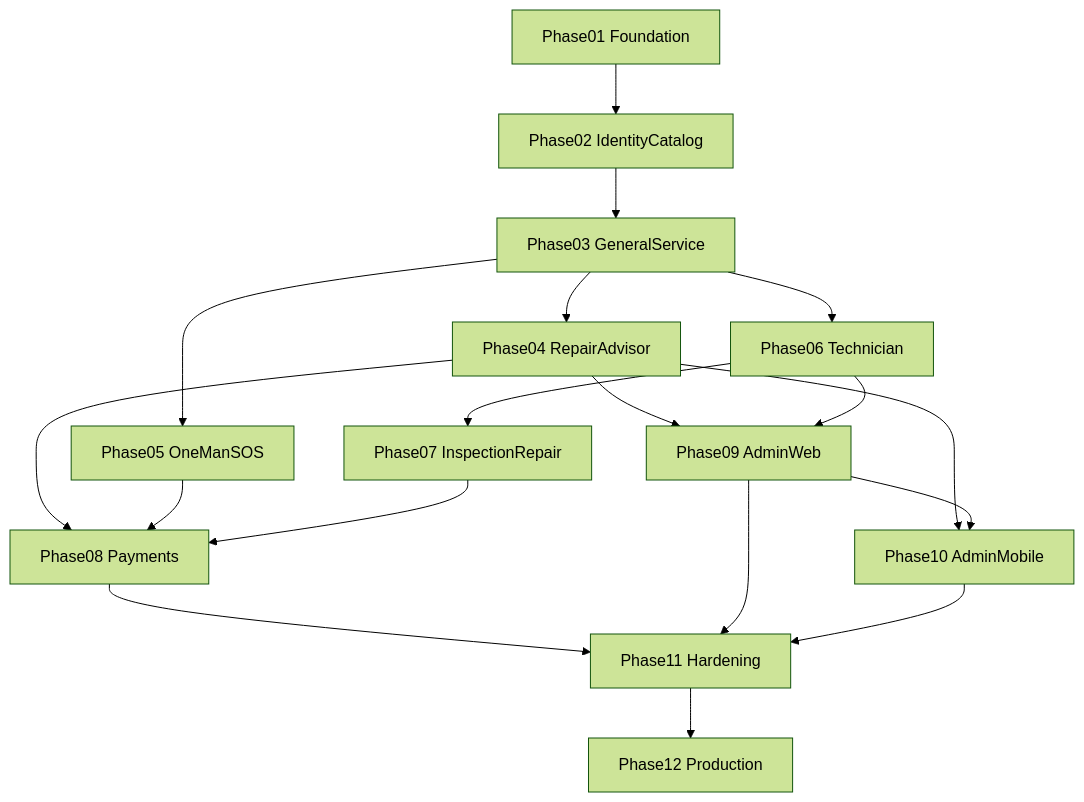
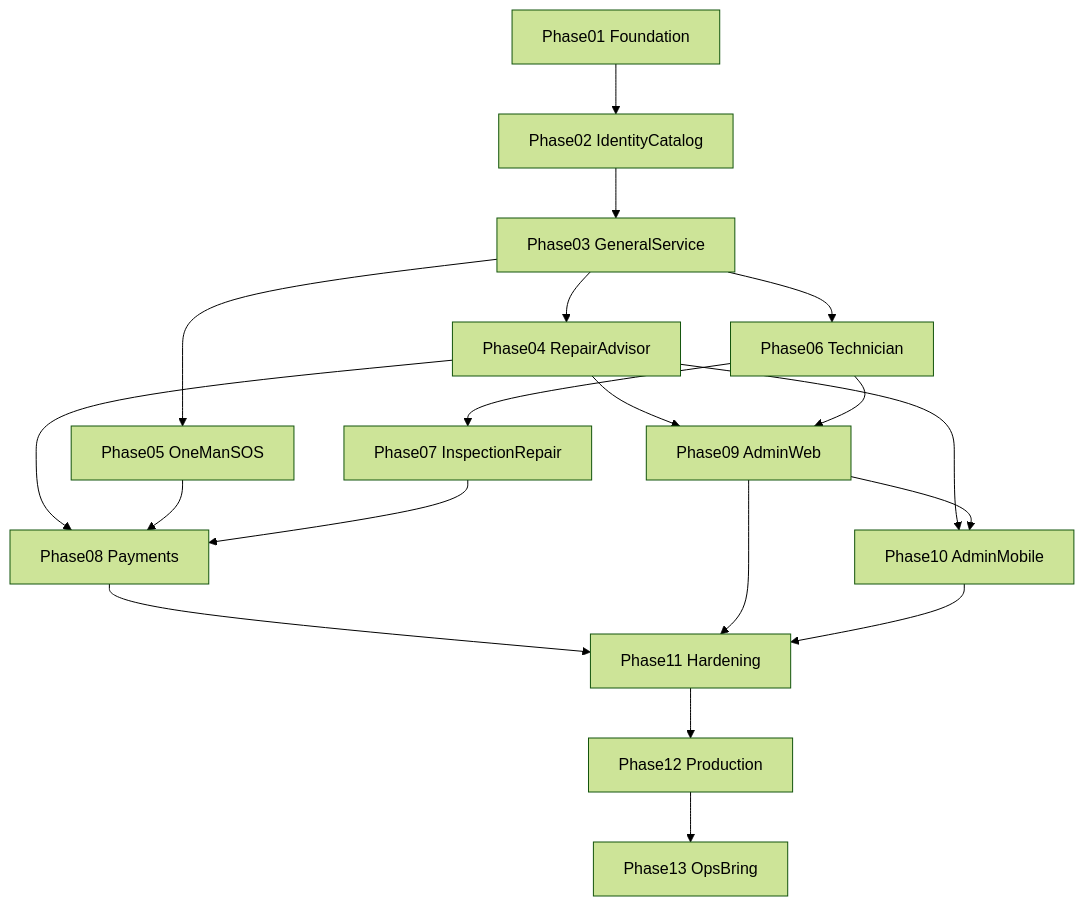
The diagram in docs/implementation/README.md (ananyabusiness17-cmyk/CarAtom), drawn with Mermaid (forest theme) before and after one commit. The commit also changed other lines of this file and 18 other files, not shown here.

First line of the commit message:
Add Phase 13 ops dispatch, kits, and closeout.

````diff
--- a/docs/implementation/README.md
+++ b/docs/implementation/README.md
@@ -40,32 +41,34 @@
 ```mermaid
 flowchart TD
   P01[Phase01 Foundation]
   P02[Phase02 IdentityCatalog]
   P03[Phase03 GeneralService]
   P04[Phase04 RepairAdvisor]
   P05[Phase05 OneManSOS]
   P06[Phase06 Technician]
   P07[Phase07 InspectionRepair]
   P08[Phase08 Payments]
   P09[Phase09 AdminWeb]
   P10[Phase10 AdminMobile]
   P11[Phase11 Hardening]
   P12[Phase12 Production]
+  P13[Phase13 OpsBring]
 
   P01 --> P02 --> P03
   P03 --> P04
   P03 --> P05
   P03 --> P06
   P04 --> P08
   P05 --> P08
   P06 --> P07
   P07 --> P08
   P04 --> P09
   P06 --> P09
   P04 --> P10
   P09 --> P10
   P08 --> P11
   P09 --> P11
   P10 --> P11
   P11 --> P12
+  P12 --> P13
 ```
````
